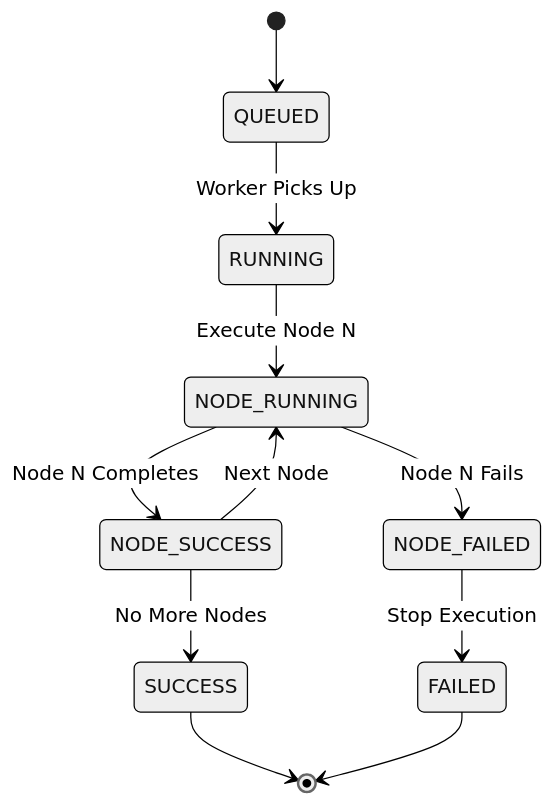
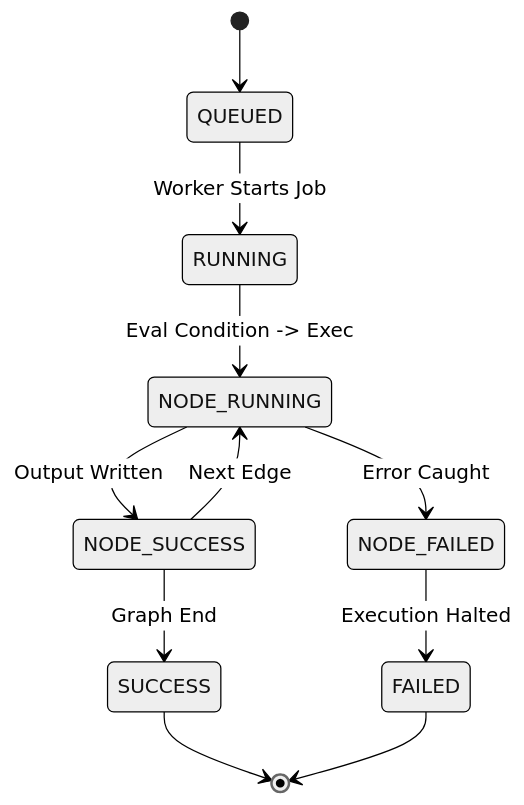
Before and after one commit to Ayush-o1/StarGate: the second of 2 diagrams in README.md, drawn with Mermaid (neutral theme). The commit also changed other lines of this file and 55 other files, not shown here.

````diff
--- a/README.md
+++ b/README.md
@@ -90,13 +89,13 @@
 ```mermaid
 stateDiagram-v2
     [*] --> QUEUED
-    QUEUED --> RUNNING : Worker Picks Up
-    RUNNING --> NODE_RUNNING : Execute Node N
-    NODE_RUNNING --> NODE_SUCCESS : Node N Completes
-    NODE_RUNNING --> NODE_FAILED : Node N Fails
-    NODE_SUCCESS --> NODE_RUNNING : Next Node
-    NODE_SUCCESS --> SUCCESS : No More Nodes
-    NODE_FAILED --> FAILED : Stop Execution
+    QUEUED --> RUNNING : Worker Starts Job
+    RUNNING --> NODE_RUNNING : Eval Condition -> Exec
+    NODE_RUNNING --> NODE_SUCCESS : Output Written
+    NODE_RUNNING --> NODE_FAILED : Error Caught
+    NODE_SUCCESS --> NODE_RUNNING : Next Edge
+    NODE_SUCCESS --> SUCCESS : Graph End
+    NODE_FAILED --> FAILED : Execution Halted
     SUCCESS --> [*]
     FAILED --> [*]
 ```
````
